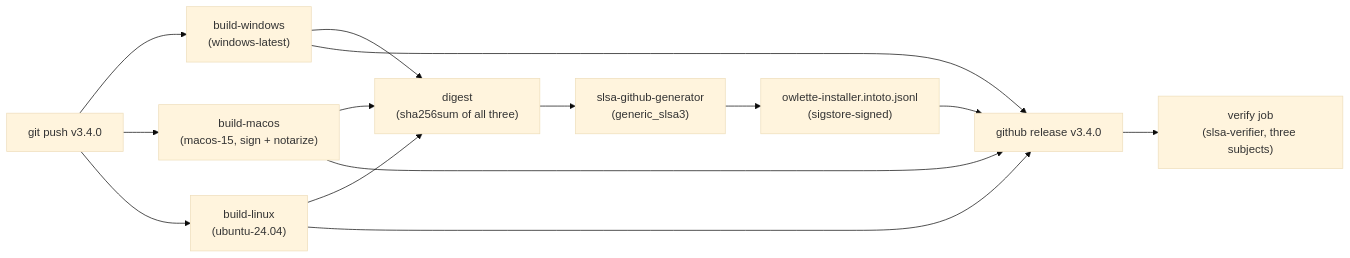
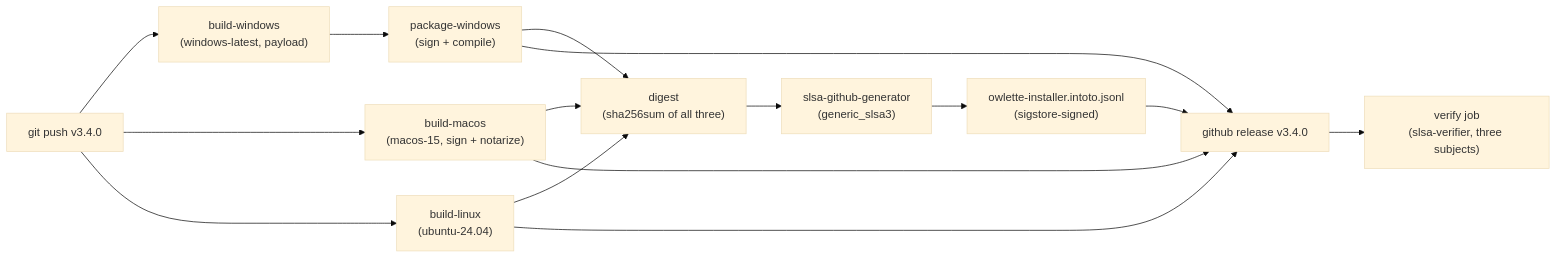
Before and after one commit to tridant-io/owlette: the diagram in docs/internal/slsa-build-l3.md, drawn with Mermaid (base theme). The commit also changed other lines of this file and 5 other files, not shown here.

````diff
--- a/docs/internal/slsa-build-l3.md
+++ b/docs/internal/slsa-build-l3.md
@@ -18,16 +18,17 @@
 ```mermaid
 flowchart LR
-    Tag["git push v3.4.0"] --> Win["build-windows\n(windows-latest)"]
+    Tag["git push v3.4.0"] --> Win["build-windows\n(windows-latest, payload)"]
+    Win --> WinPkg["package-windows\n(sign + compile)"]
     Tag --> Mac["build-macos\n(macos-15, sign + notarize)"]
     Tag --> Lin["build-linux\n(ubuntu-24.04)"]
-    Win --> Digest["digest\n(sha256sum of all three)"]
+    WinPkg --> Digest["digest\n(sha256sum of all three)"]
     Mac --> Digest
     Lin --> Digest
     Digest --> Gen["slsa-github-generator\n(generic_slsa3)"]
     Gen --> Provenance["owlette-installer.intoto.jsonl\n(sigstore-signed)"]
-    Win --> Release["github release v3.4.0"]
+    WinPkg --> Release["github release v3.4.0"]
     Mac --> Release
     Lin --> Release
     Provenance --> Release
     Release --> Verify["verify job\n(slsa-verifier, three subjects)"]
 ```
````
